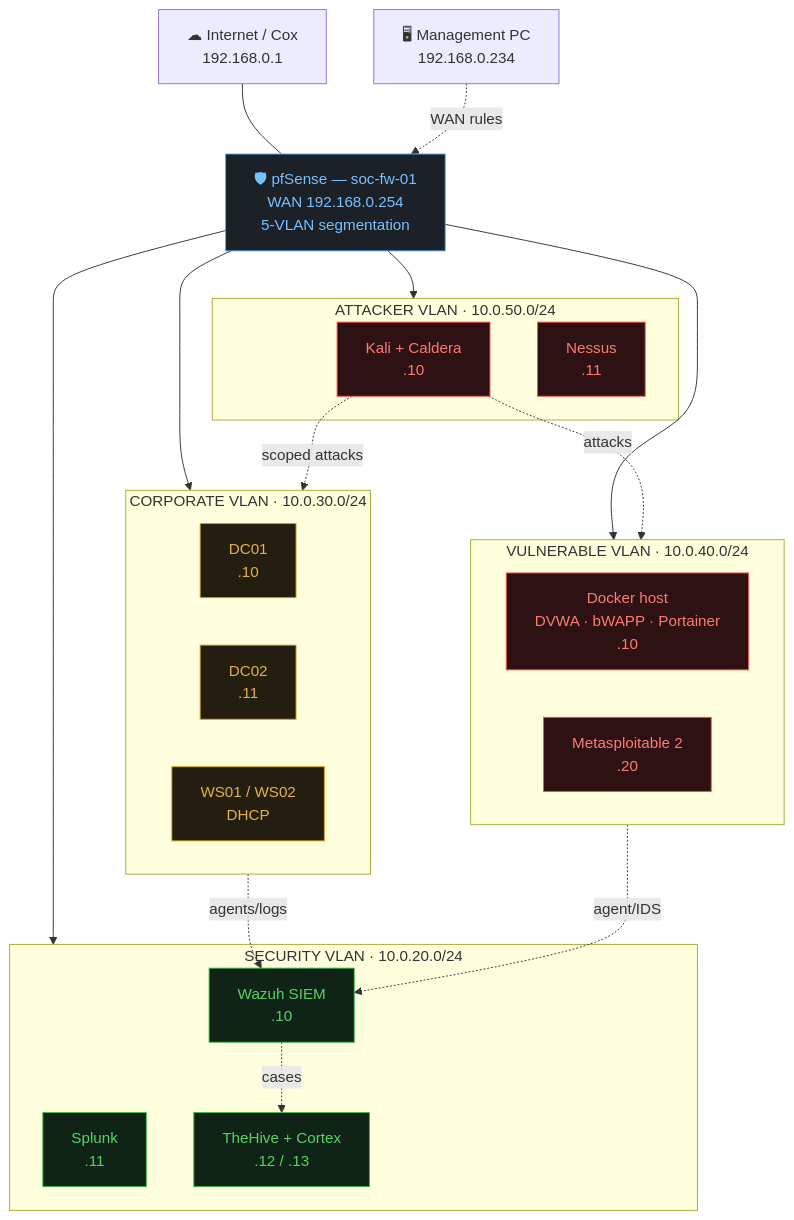
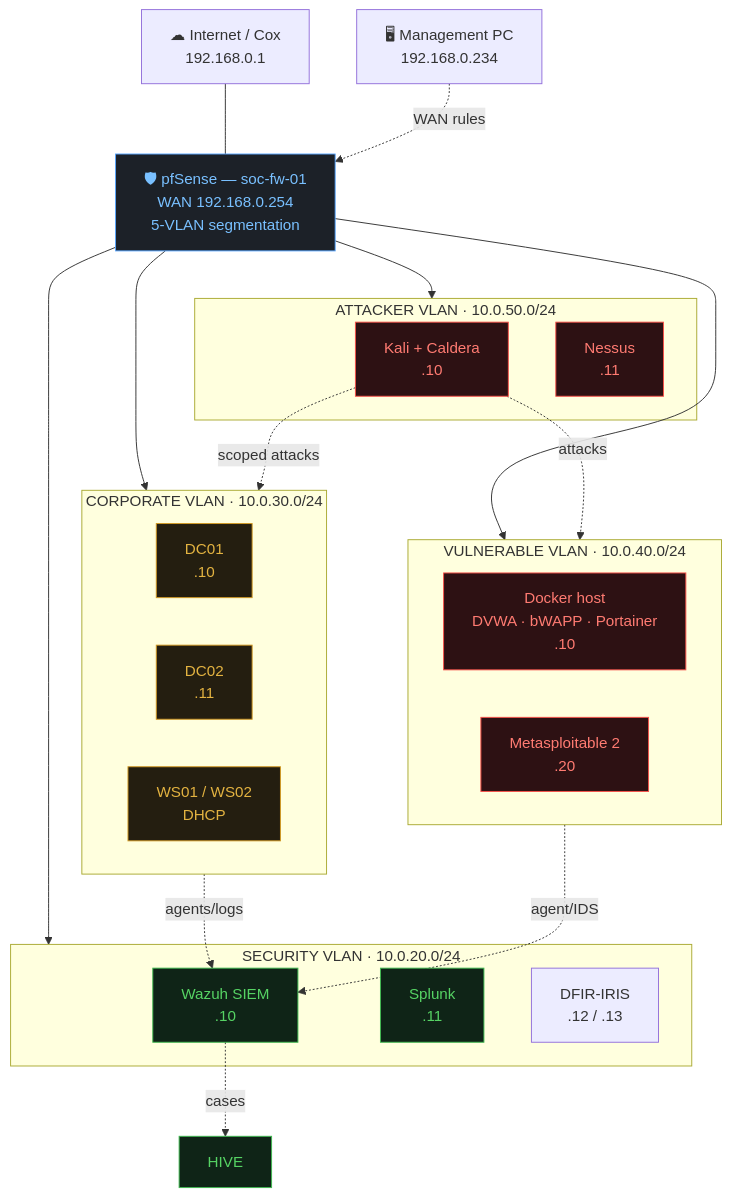
The diagram in README.md (Brad14t/Home-lab-Open-Source), drawn with Mermaid before and after one commit. The commit also changed other lines of this file, not shown here.

````diff
--- a/README.md
+++ b/README.md
@@ -15,55 +15,55 @@
 ```mermaid
 flowchart TB
     NET["☁ Internet / Cox<br/>192.168.0.1"]
     MGMT["🖥 Management PC<br/>192.168.0.234"]
 
     NET --- FW
     MGMT -.WAN rules.-> FW
 
     FW["🛡 pfSense — soc-fw-01<br/>WAN 192.168.0.254<br/>5-VLAN segmentation"]
 
     subgraph SEC["SECURITY VLAN · 10.0.20.0/24"]
         WAZUH["Wazuh SIEM<br/>.10"]
         SPLUNK["Splunk<br/>.11"]
-        HIVE["TheHive + Cortex<br/>.12 / .13"]
+        DFIR-IRIS["DFIR-IRIS<br/>.12 / .13"]
     end
 
     subgraph CORP["CORPORATE VLAN · 10.0.30.0/24"]
         DC1["DC01<br/>.10"]
         DC2["DC02<br/>.11"]
         WS["WS01 / WS02<br/>DHCP"]
     end
 
     subgraph VULN["VULNERABLE VLAN · 10.0.40.0/24"]
         DOCKER["Docker host<br/>DVWA · bWAPP · Portainer<br/>.10"]
         MSF["Metasploitable 2<br/>.20"]
     end
 
     subgraph ATK["ATTACKER VLAN · 10.0.50.0/24"]
         KALI["Kali + Caldera<br/>.10"]
         NESSUS["Nessus<br/>.11"]
     end
 
     FW --> SEC
     FW --> CORP
     FW --> VULN
     FW --> ATK
 
     KALI -.attacks.-> VULN
     KALI -.scoped attacks.-> CORP
     CORP -.agents/logs.-> WAZUH
     VULN -.agent/IDS.-> WAZUH
     WAZUH -.cases.-> HIVE
 
     classDef sec fill:#0f2417,stroke:#3fb950,color:#56d364
     classDef corp fill:#241e10,stroke:#d29922,color:#e3b341
     classDef vuln fill:#2d1113,stroke:#f85149,color:#ff7b72
     classDef atk fill:#2d1113,stroke:#f85149,color:#ff7b72
     classDef fw fill:#1c2128,stroke:#58a6ff,color:#79c0ff
 
     class WAZUH,SPLUNK,HIVE sec
     class DC1,DC2,WS corp
     class DOCKER,MSF vuln
     class KALI,NESSUS atk
     class FW fw
 ```
````
